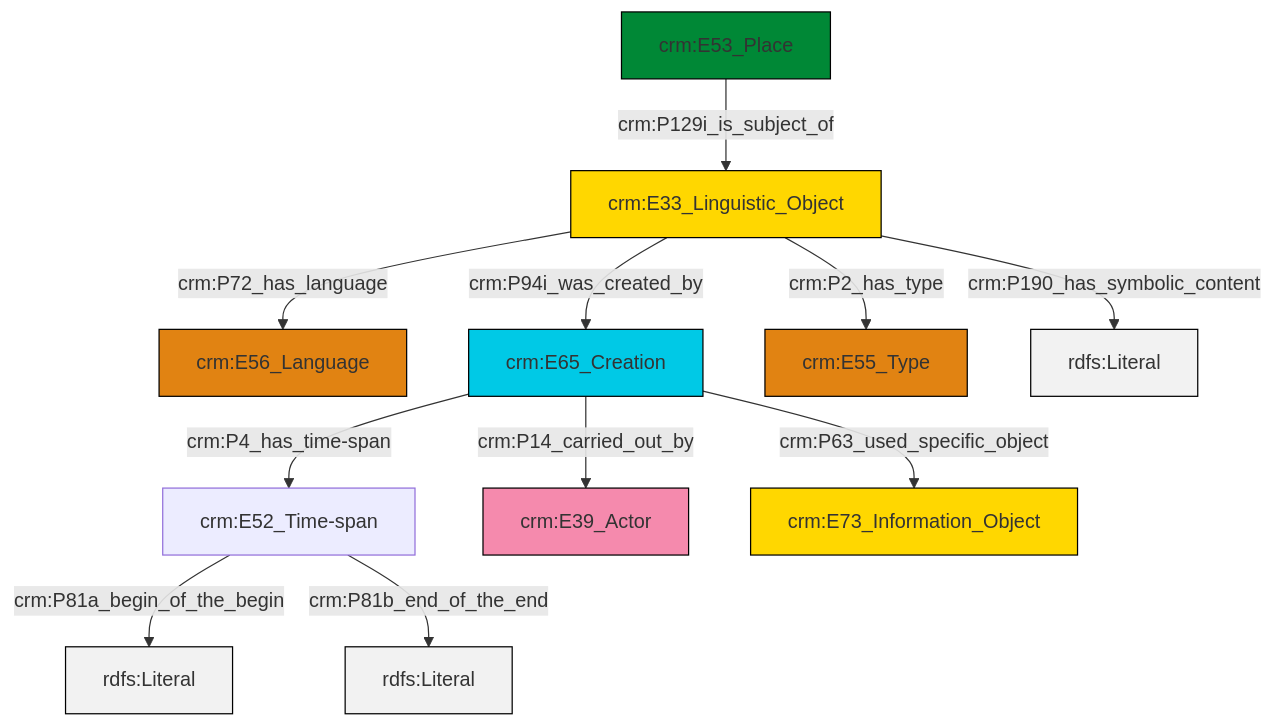
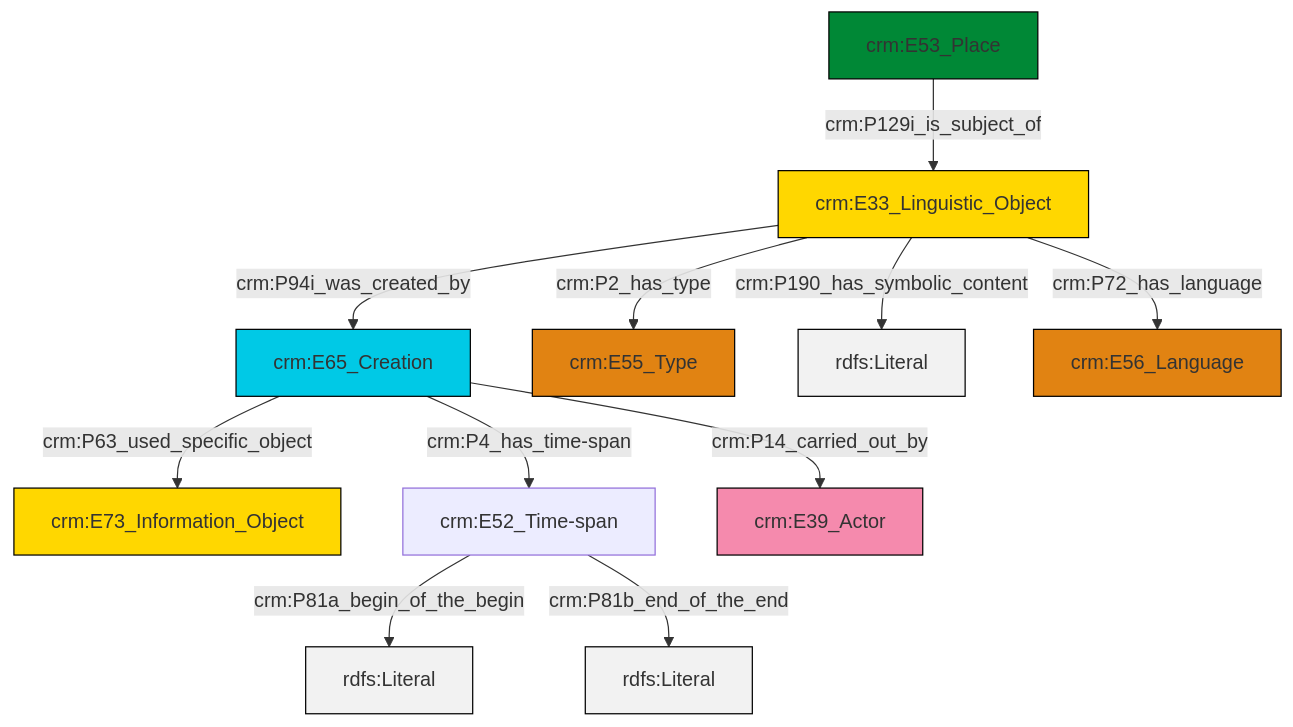
One commit to swiss-art-research-net/reference-data-models changed the diagram in et/placeCSV/ttl/mmd/place_description.ttl.mmd. Above: the diagram before and after it, drawn with Mermaid. The commit also changed 128 other files, not shown here.

```diff
--- a/et/placeCSV/ttl/mmd/place_description.ttl.mmd
+++ b/et/placeCSV/ttl/mmd/place_description.ttl.mmd
@@ -1,25 +1,25 @@
 graph TD
 classDef Literal fill:#f2f2f2,stroke:#000000;
 classDef CRM_Entity fill:#FFFFFF,stroke:#000000;
 classDef Temporal_Entity fill:#00C9E6, stroke:#000000;
 classDef Type fill:#E18312, stroke:#000000;
 classDef Time-Span fill:#2C9C91, stroke:#000000;
 classDef Appellation fill:#FFEB7F, stroke:#000000;
 classDef Place fill:#008836, stroke:#000000;
 classDef Persistent_Item fill:#B266B2, stroke:#000000;
 classDef Conceptual_Object fill:#FFD700, stroke:#000000;
 classDef Physical_Thing fill:#D2B48C, stroke:#000000;
 classDef Actor fill:#f58aad, stroke:#000000;
 classDef PC_Classes fill:#4ce600, stroke:#000000;
 classDef Multi fill:#cccccc,stroke:#000000;
 
-2["crm:E33_Linguistic_Object"]:::Conceptual_Object -->|crm:P72_has_language| 0["crm:E56_Language"]:::Type
-2["crm:E33_Linguistic_Object"]:::Conceptual_Object -->|crm:P94i_was_created_by| 4["crm:E65_Creation"]:::Temporal_Entity
-5["crm:E52_Time-span"]:::Default -->|crm:P81a_begin_of_the_begin| 6[rdfs:Literal]:::Literal
-2["crm:E33_Linguistic_Object"]:::Conceptual_Object -->|crm:P2_has_type| 7["crm:E55_Type"]:::Type
-5["crm:E52_Time-span"]:::Default -->|crm:P81b_end_of_the_end| 13[rdfs:Literal]:::Literal
-4["crm:E65_Creation"]:::Temporal_Entity -->|crm:P14_carried_out_by| 11["crm:E39_Actor"]:::Actor
-9["crm:E53_Place"]:::Place -->|crm:P129i_is_subject_of| 2["crm:E33_Linguistic_Object"]:::Conceptual_Object
-4["crm:E65_Creation"]:::Temporal_Entity -->|crm:P63_used_specific_object| 14["crm:E73_Information_Object"]:::Conceptual_Object
-4["crm:E65_Creation"]:::Temporal_Entity -->|crm:P4_has_time-span| 5["crm:E52_Time-span"]:::Default
-2["crm:E33_Linguistic_Object"]:::Conceptual_Object -->|crm:P190_has_symbolic_content| 18[rdfs:Literal]:::Literal
+4["crm:E65_Creation"]:::Temporal_Entity -->|crm:P63_used_specific_object| 0["crm:E73_Information_Object"]:::Conceptual_Object
+7["crm:E33_Linguistic_Object"]:::Conceptual_Object -->|crm:P94i_was_created_by| 4["crm:E65_Creation"]:::Temporal_Entity
+7["crm:E33_Linguistic_Object"]:::Conceptual_Object -->|crm:P2_has_type| 8["crm:E55_Type"]:::Type
+7["crm:E33_Linguistic_Object"]:::Conceptual_Object -->|crm:P190_has_symbolic_content| 9[rdfs:Literal]:::Literal
+4["crm:E65_Creation"]:::Temporal_Entity -->|crm:P14_carried_out_by| 5["crm:E39_Actor"]:::Actor
+11["crm:E53_Place"]:::Place -->|crm:P129i_is_subject_of| 7["crm:E33_Linguistic_Object"]:::Conceptual_Object
+7["crm:E33_Linguistic_Object"]:::Conceptual_Object -->|crm:P72_has_language| 12["crm:E56_Language"]:::Type
+4["crm:E65_Creation"]:::Temporal_Entity -->|crm:P4_has_time-span| 2["crm:E52_Time-span"]:::Default
+2["crm:E52_Time-span"]:::Default -->|crm:P81a_begin_of_the_begin| 15[rdfs:Literal]:::Literal
+2["crm:E52_Time-span"]:::Default -->|crm:P81b_end_of_the_end| 16[rdfs:Literal]:::Literal
```
